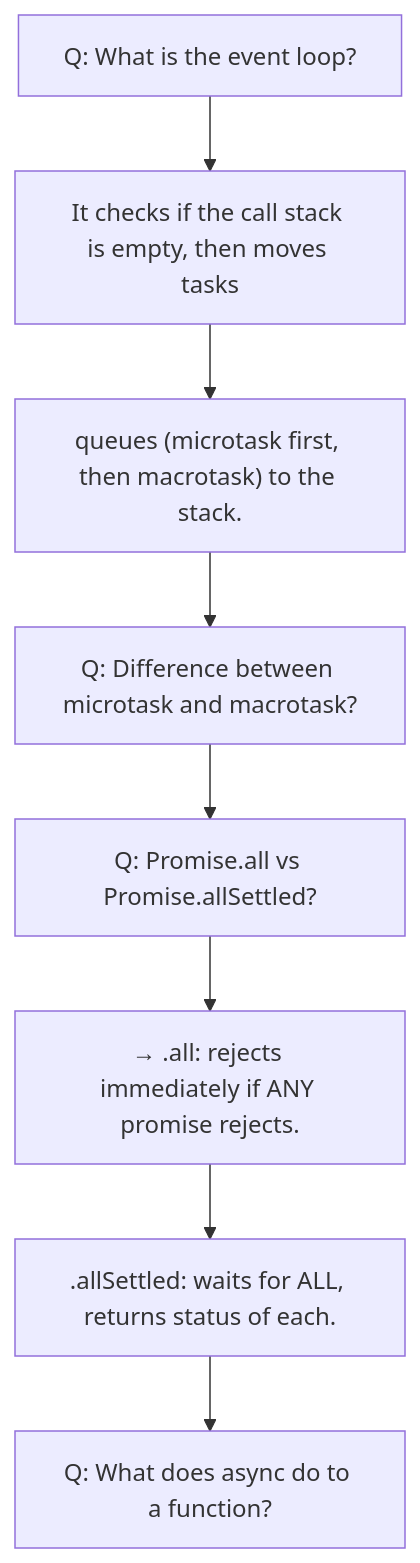
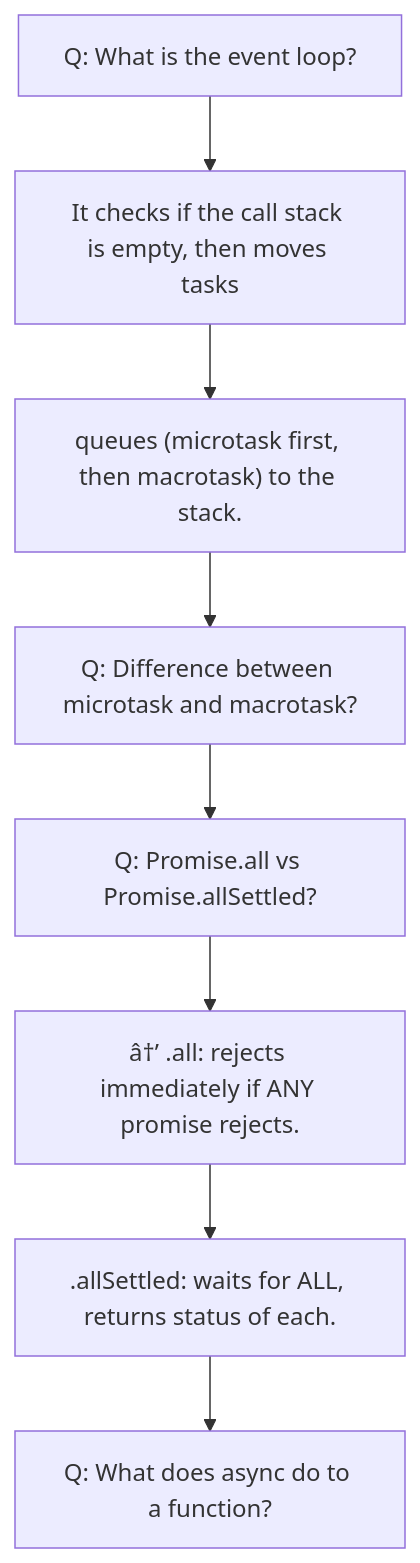
One commit to SaiHarsha502vvit/Daily-Prep changed the seventh of 7 diagrams in 16_JavaScript/04_JS_Async_Promises.md. Above: the diagram before and after it, drawn with Mermaid. The commit also changed other lines of this file and 256 other files, not shown here.

````diff
--- a/16_JavaScript/04_JS_Async_Promises.md
+++ b/16_JavaScript/04_JS_Async_Promises.md
@@ -797,18 +797,18 @@
 ```mermaid
 flowchart TD
     N1["Q: What is the event loop?"]
     N2["It checks if the call stack is empty, then moves tasks"]
     N3["queues (microtask first, then macrotask) to the stack."]
     N4["Q: Difference between microtask and macrotask?"]
     N5["Q: Promise.all vs Promise.allSettled?"]
-    N6["→ .all: rejects immediately if ANY promise rejects."]
+    N6["â†’ .all: rejects immediately if ANY promise rejects."]
     N7[".allSettled: waits for ALL, returns status of each."]
     N8["Q: What does async do to a function?"]
     N1 --> N2
     N2 --> N3
     N3 --> N4
     N4 --> N5
     N5 --> N6
     N6 --> N7
     N7 --> N8
 ```
````
